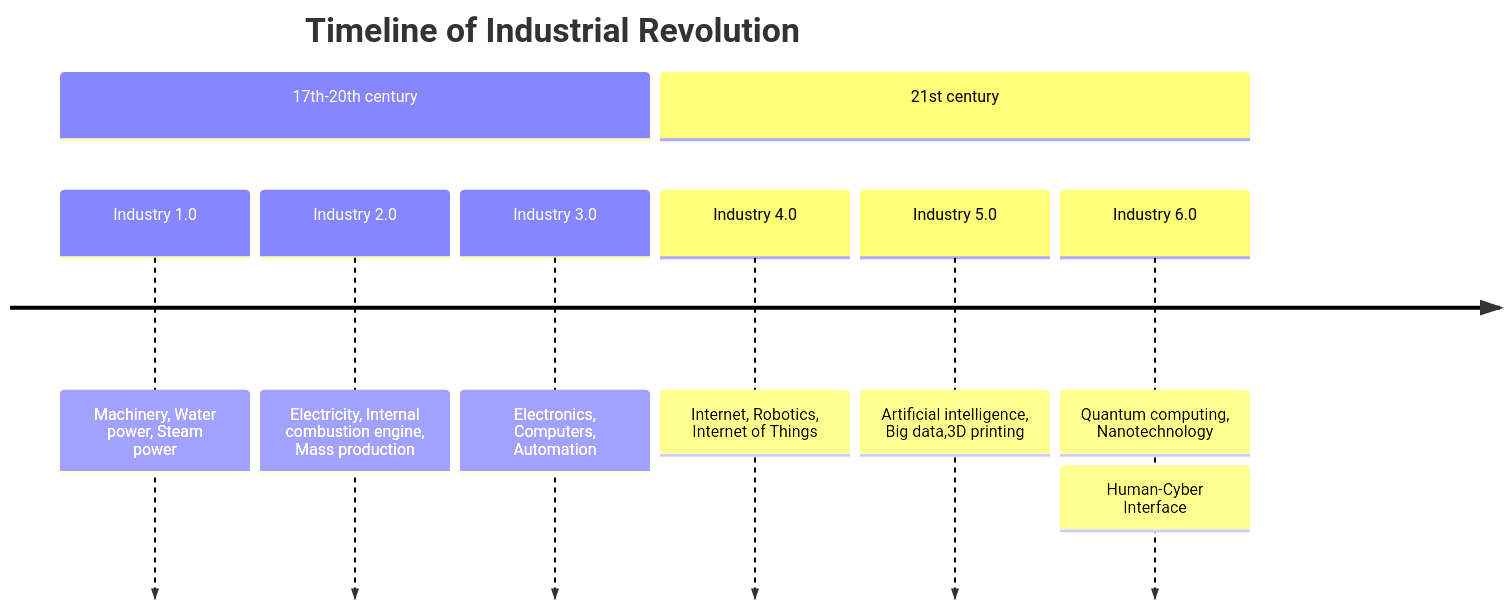
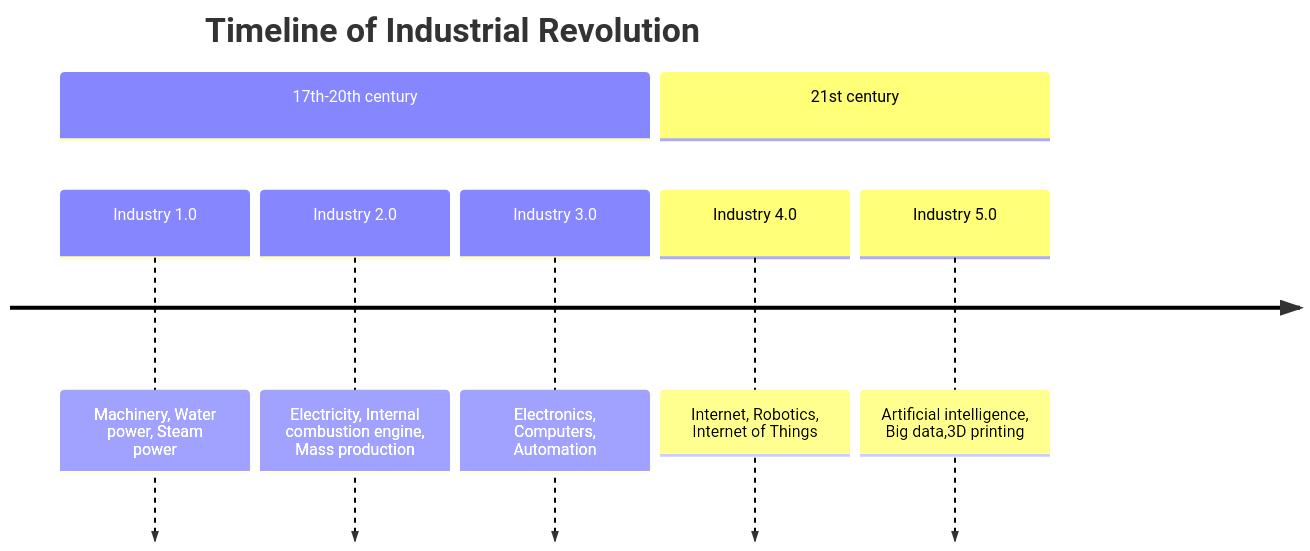
One commit to mermaid-js/mermaid changed the third of 13 diagrams in docs/syntax/timeline.md. Above: the diagram before and after it, drawn with Mermaid. The commit also changed other lines of this file and 2 other files, not shown here.

````diff
--- a/docs/syntax/timeline.md
+++ b/docs/syntax/timeline.md
@@ -121,12 +108,11 @@
 ```mermaid
 timeline
     title Timeline of Industrial Revolution
     section 17th-20th century
         Industry 1.0 : Machinery, Water power, Steam <br>power
         Industry 2.0 : Electricity, Internal combustion engine, Mass production
         Industry 3.0 : Electronics, Computers, Automation
     section 21st century
         Industry 4.0 : Internet, Robotics, Internet of Things
         Industry 5.0 : Artificial intelligence, Big data,3D printing
-        Industry 6.0 : Quantum computing, Nanotechnology : Human-Cyber Interface
 ```
````
